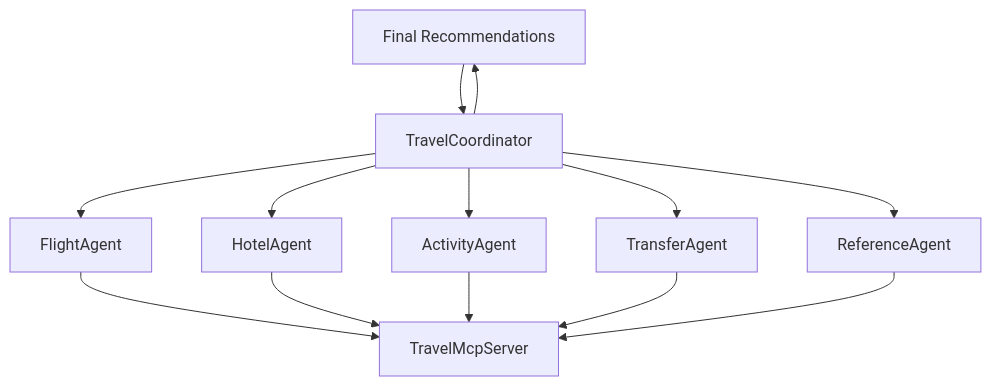
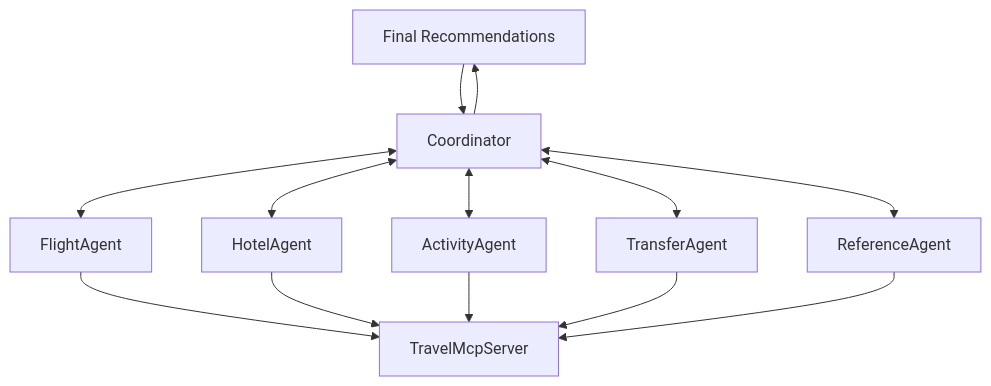
One commit to fparpas/Developing-Agentic-AI-Apps-Hackathon changed the first of 2 diagrams in Student/Resources/Challenge-08/csharp/MAF.TravelMultiAgentClient/README.md. Above: the diagram before and after it, drawn with Mermaid. The commit also changed other lines of this file and 57 other files, not shown here.

First line of the commit message:
Refactor Travel Multi-Agent Client: Enhance agent orchestration patterns, update README for clarity, and remove OpenTelemetry setup

````diff
--- a/Student/Resources/Challenge-08/csharp/MAF.TravelMultiAgentClient/README.md
+++ b/Student/Resources/Challenge-08/csharp/MAF.TravelMultiAgentClient/README.md
@@ -181,17 +267,17 @@
 ```mermaid
 graph TD
-    User --> TravelCoordinator
-    TravelCoordinator --> FlightAgent
-    TravelCoordinator --> HotelAgent
-    TravelCoordinator --> ActivityAgent
-    TravelCoordinator --> TransferAgent
-    TravelCoordinator --> ReferenceAgent
+    User --> Coordinator
+    Coordinator <--> FlightAgent
+    Coordinator <--> HotelAgent
+    Coordinator <--> ActivityAgent
+    Coordinator <--> TransferAgent
+    Coordinator <--> ReferenceAgent
     
     FlightAgent --> TravelMcpServer
     HotelAgent --> TravelMcpServer
     ActivityAgent --> TravelMcpServer
     TransferAgent --> TravelMcpServer
     ReferenceAgent --> TravelMcpServer
     
-    TravelCoordinator --> User[Final Recommendations]
+    Coordinator --> User[Final Recommendations]
 ```
````
